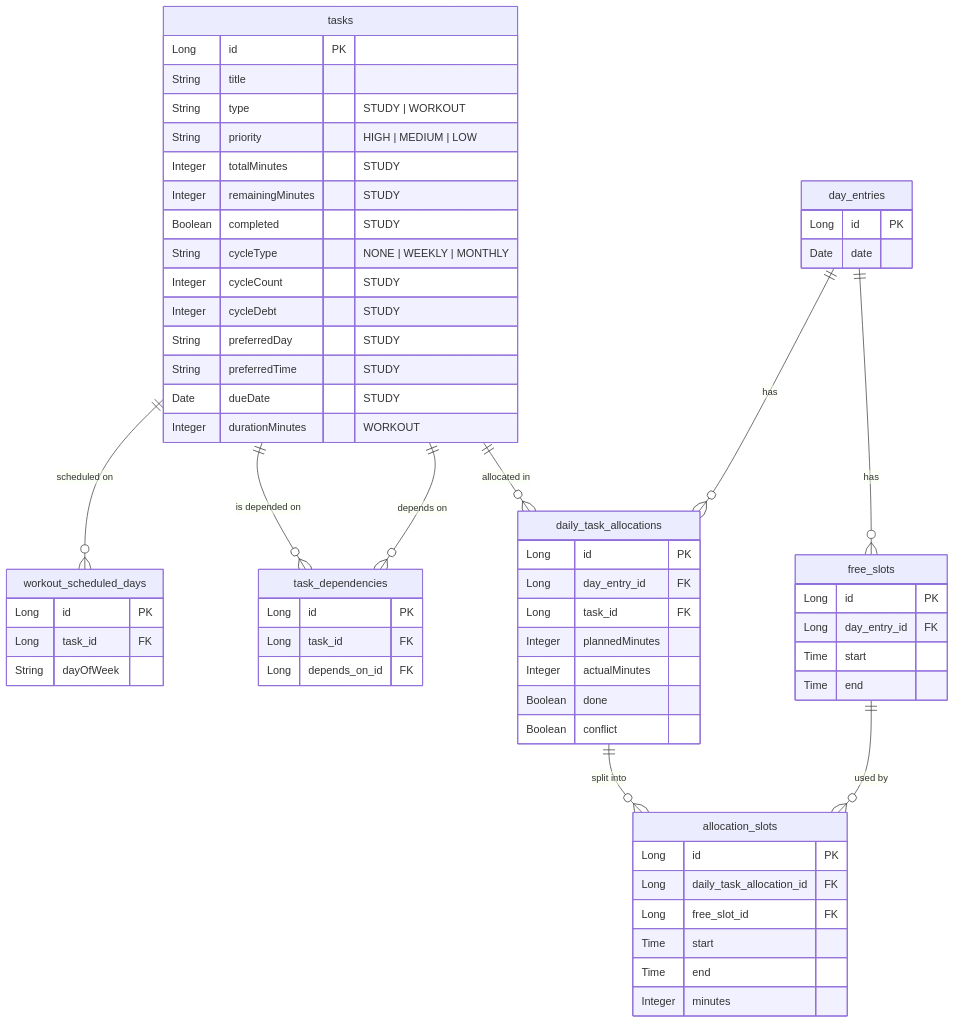
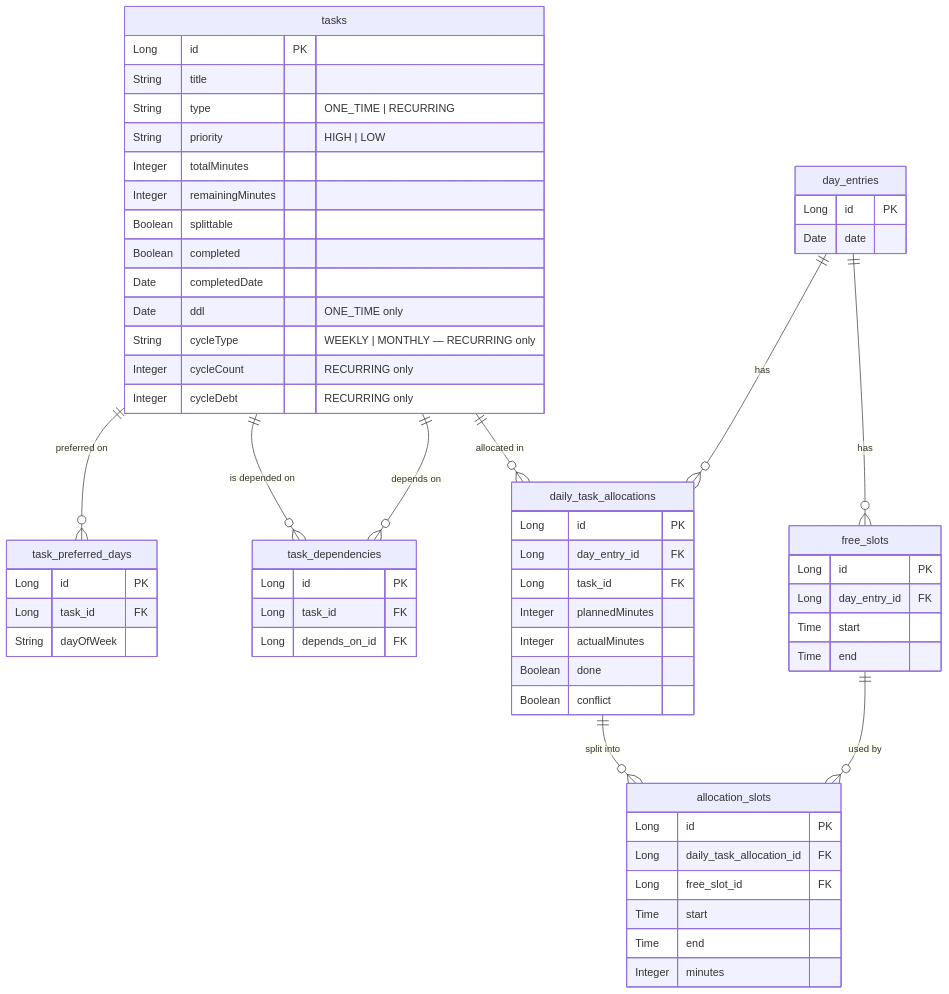
Before and after one commit to ivy-alive/slotwise-backend: the diagram in README.md, drawn with Mermaid. The commit also changed other lines of this file and 19 other files, not shown here.

Commit message:
replace study/workout types with one_time/recurring task model

````diff
--- a/README.md
+++ b/README.md
@@ -119,71 +114,70 @@
 ```mermaid
 erDiagram
     tasks {
         Long id PK
         String title
-        String type "STUDY | WORKOUT"
-        String priority "HIGH | MEDIUM | LOW"
-        Integer totalMinutes "STUDY"
-        Integer remainingMinutes "STUDY"
-        Boolean completed "STUDY"
-        String cycleType "NONE | WEEKLY | MONTHLY"
-        Integer cycleCount "STUDY"
-        Integer cycleDebt "STUDY"
-        String preferredDay "STUDY"
-        String preferredTime "STUDY"
-        Date dueDate "STUDY"
-        Integer durationMinutes "WORKOUT"
+        String type "ONE_TIME | RECURRING"
+        String priority "HIGH | LOW"
+        Integer totalMinutes
+        Integer remainingMinutes
+        Boolean splittable
+        Boolean completed
+        Date completedDate
+        Date ddl "ONE_TIME only"
+        String cycleType "WEEKLY | MONTHLY — RECURRING only"
+        Integer cycleCount "RECURRING only"
+        Integer cycleDebt "RECURRING only"
     }
 
-    workout_scheduled_days {
+    task_preferred_days {
         Long id PK
         Long task_id FK
         String dayOfWeek
     }
 
     task_dependencies {
         Long id PK
         Long task_id FK
         Long depends_on_id FK
     }
 
     day_entries {
         Long id PK
         Date date
     }
 
     free_slots {
         Long id PK
         Long day_entry_id FK
         Time start
         Time end
     }
 
     daily_task_allocations {
         Long id PK
         Long day_entry_id FK
         Long task_id FK
         Integer plannedMinutes
         Integer actualMinutes
         Boolean done
         Boolean conflict
     }
 
     allocation_slots {
         Long id PK
         Long daily_task_allocation_id FK
         Long free_slot_id FK
         Time start
         Time end
         Integer minutes
     }
 
-    tasks ||--o{ workout_scheduled_days : "scheduled on"
+    tasks ||--o{ task_preferred_days : "preferred on"
     tasks ||--o{ task_dependencies : "is depended on"
     tasks ||--o{ task_dependencies : "depends on"
     tasks ||--o{ daily_task_allocations : "allocated in"
     day_entries ||--o{ free_slots : "has"
     day_entries ||--o{ daily_task_allocations : "has"
     daily_task_allocations ||--o{ allocation_slots : "split into"
     free_slots ||--o{ allocation_slots : "used by"
 ```
````
